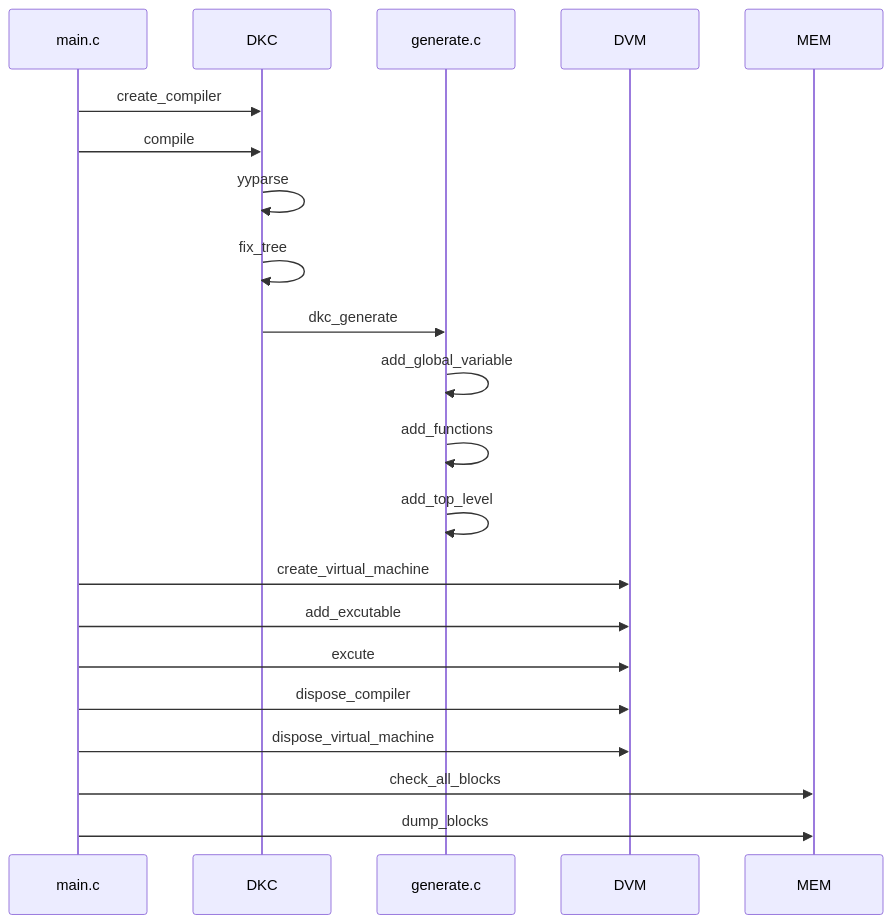
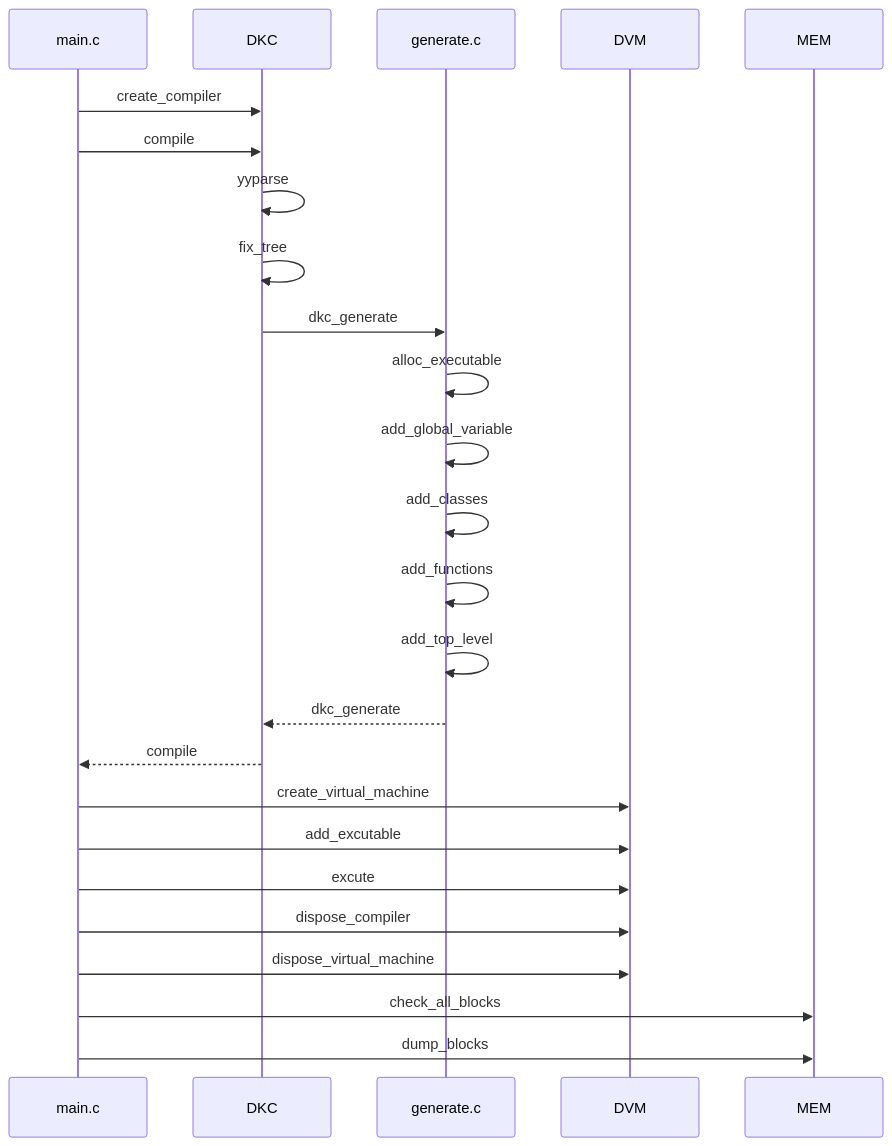
The first of 2 diagrams in diksam/README.md (sulvto/compilers), drawn with Mermaid before and after one commit. The commit also changed other lines of this file and 16 other files, not shown here.

````diff
--- a/diksam/README.md
+++ b/diksam/README.md
@@ -2,18 +2,22 @@
 ```mermaid
 sequenceDiagram
     main.c->>DKC: create_compiler
     main.c->>DKC: compile
     DKC->>DKC: yyparse
     DKC->>DKC: fix_tree
     DKC->>generate.c: dkc_generate
+    generate.c->>generate.c: alloc_executable
     generate.c->>generate.c: add_global_variable
+    generate.c->>generate.c: add_classes
     generate.c->>generate.c: add_functions
     generate.c->>generate.c: add_top_level
+    generate.c-->>DKC: dkc_generate
+    DKC-->>main.c: compile
     main.c->>DVM: create_virtual_machine
     main.c->>DVM: add_excutable
     main.c->>DVM: excute
     main.c->>DVM: dispose_compiler
     main.c->>DVM: dispose_virtual_machine
     main.c->>MEM: check_all_blocks
     main.c->>MEM: dump_blocks
 ```
````
